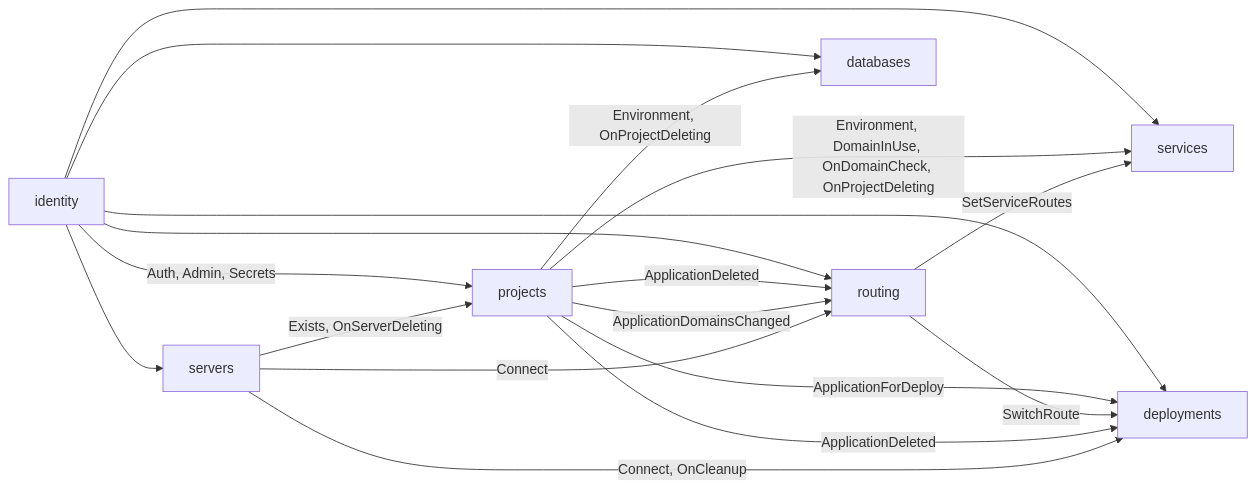
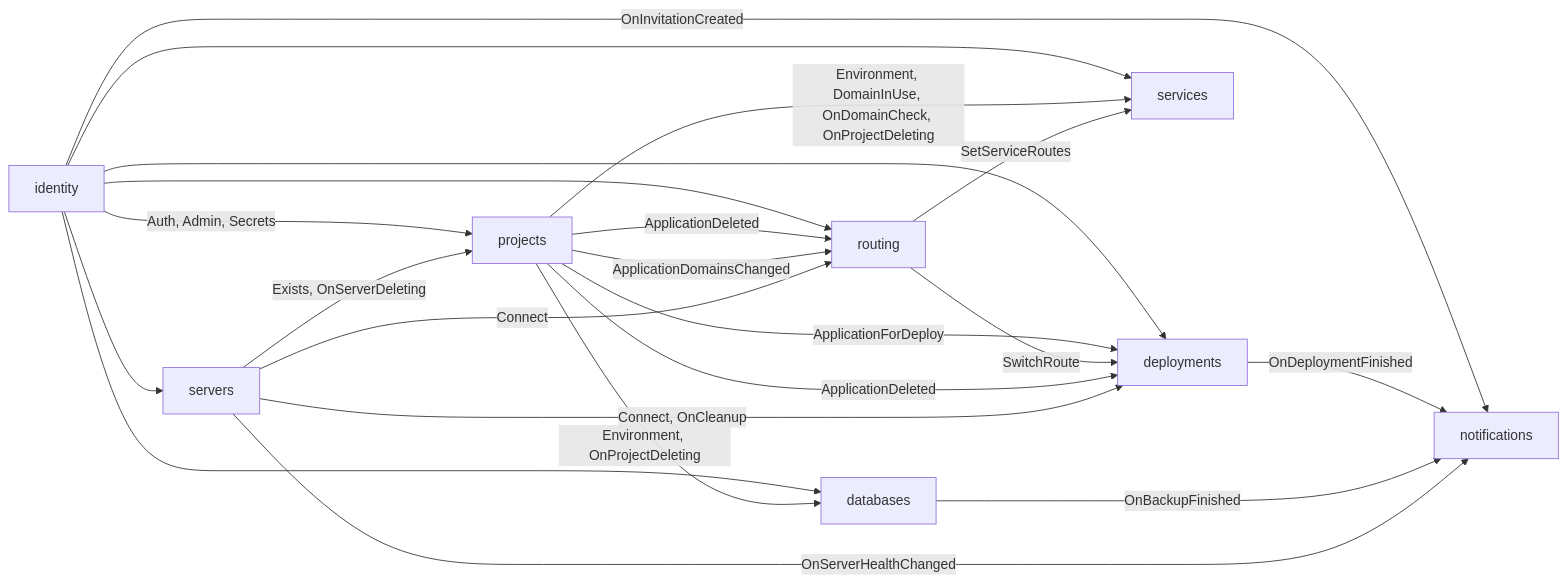
One commit to jevido/bakery changed the diagram in docs/domain/context-map.md. Above: the diagram before and after it, drawn with Mermaid. The commit also changed other lines of this file and 6 other files, not shown here.

First line of the commit message:
docs: notifications context, Server probe and the events it consumes

````diff
--- a/docs/domain/context-map.md
+++ b/docs/domain/context-map.md
@@ -58,20 +65,24 @@
 ```mermaid
 flowchart LR
   identity -->|Auth, Admin, Secrets| projects
   identity --> deployments
   identity --> routing
   projects -->|ApplicationForDeploy| deployments
   routing -->|SwitchRoute| deployments
   projects -->|ApplicationDeleted| routing
   projects -->|ApplicationDeleted| deployments
   projects -->|ApplicationDomainsChanged| routing
   identity --> databases
   projects -->|Environment, OnProjectDeleting| databases
   identity --> services
   projects -->|Environment, DomainInUse, OnDomainCheck, OnProjectDeleting| services
   routing -->|SetServiceRoutes| services
   identity --> servers
   servers -->|Connect, OnCleanup| deployments
   servers -->|Connect| routing
   servers -->|Exists, OnServerDeleting| projects
+  identity -->|OnInvitationCreated| notifications
+  deployments -->|OnDeploymentFinished| notifications
+  databases -->|OnBackupFinished| notifications
+  servers -->|OnServerHealthChanged| notifications
 ```
````
